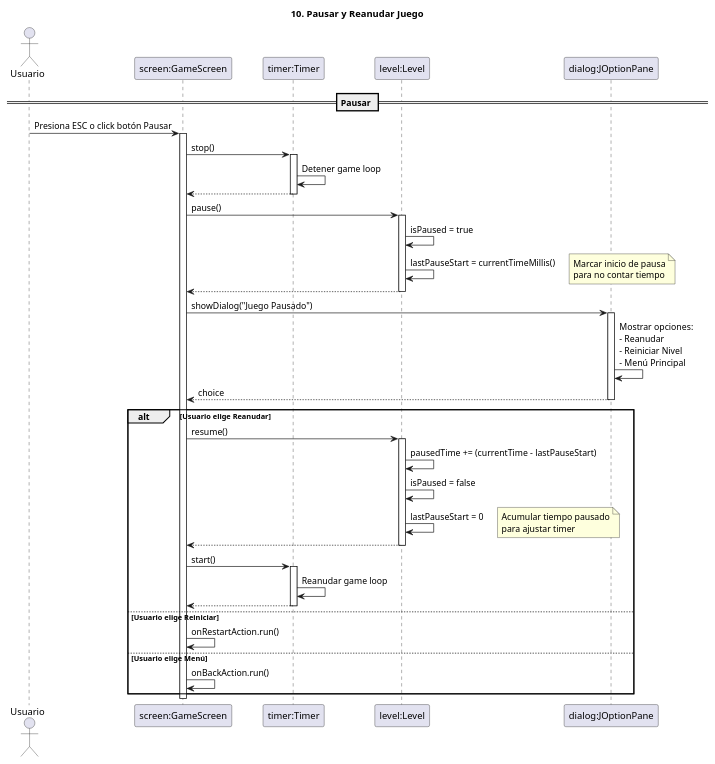
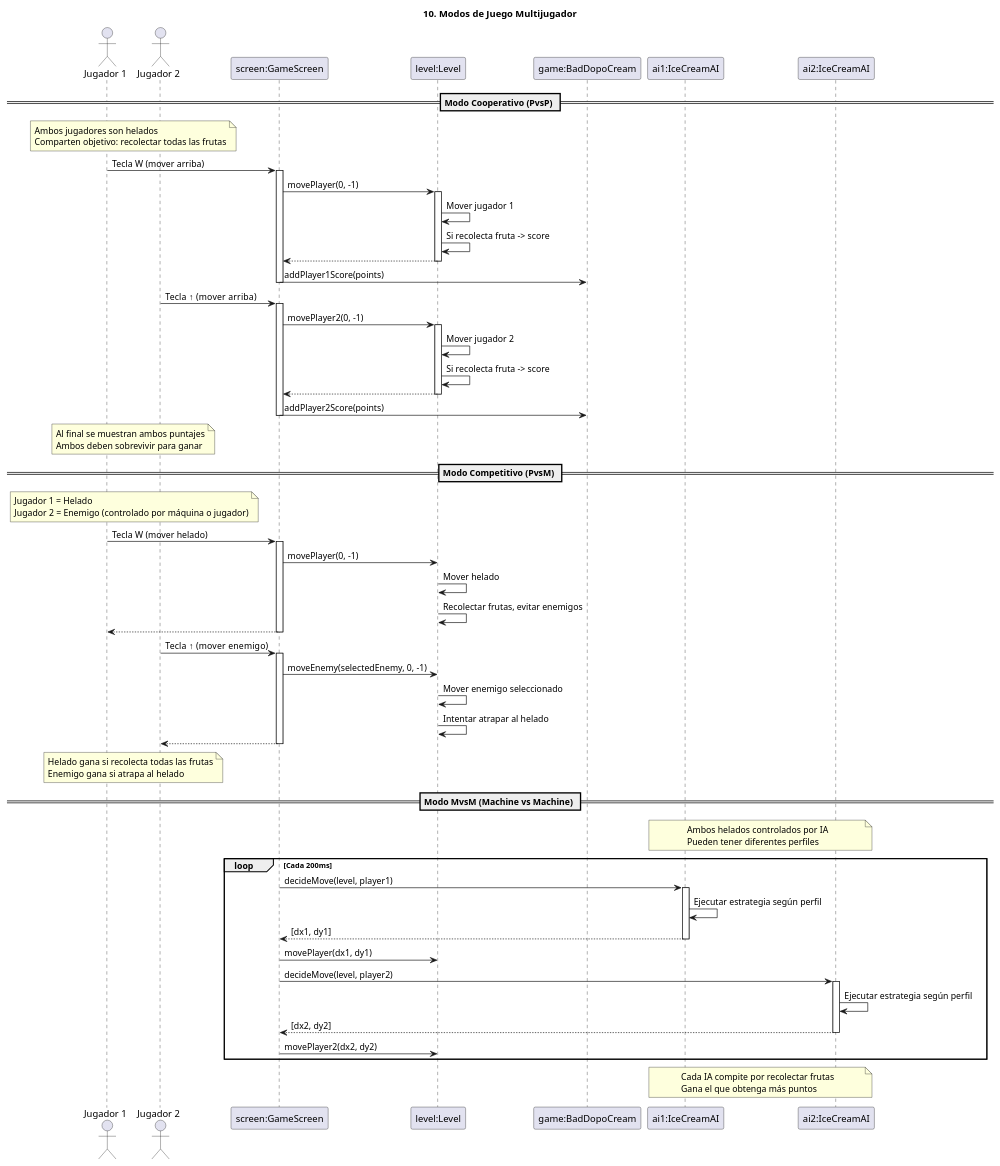
Before and after one commit to AnotherCreatorAnonymous/BadDopocream: diagram 11 of 11 in docs/sequence-diagrams.puml, drawn with PlantUML. The commit also changed other lines of this file and 146 other files, not shown here.

Commit message:
Proyecto Bad Dopo Cream completo - 4 modos de juego, IA de enemigos y jugadores, sistema de puntajes y highscores, 95 tests JUnit, diagramas PlantUML actualizados

```diff
--- a/docs/sequence-diagrams.puml
+++ b/docs/sequence-diagrams.puml
@@ -797,58 +938,84 @@
-@startuml 10_Pausar_Reanudar
+@startuml 10_Modos_Multijugador
 
-title 10. Pausar y Reanudar Juego
+title 10. Modos de Juego Multijugador
 
-actor Usuario
+actor "Jugador 1" as P1
+actor "Jugador 2" as P2
 participant "screen:GameScreen" as Screen
-participant "timer:Timer" as Timer
 participant "level:Level" as Level
-participant "dialog:JOptionPane" as Dialog
+participant "game:BadDopoCream" as Game
 
-== Pausar ==
+== Modo Cooperativo (PvsP) ==
 
-Usuario -> Screen: Presiona ESC o click botón Pausar
+note over P1, P2: Ambos jugadores son helados\nComparten objetivo: recolectar todas las frutas
+
+P1 -> Screen: Tecla W (mover arriba)
 activate Screen
+Screen -> Level: movePlayer(0, -1)
+activate Level
+Level -> Level: Mover jugador 1
+Level -> Level: Si recolecta fruta -> score
+return
+Screen -> Game: addPlayer1Score(points)
+deactivate Screen
 
-Screen -> Timer: stop()
-activate Timer
-Timer -> Timer: Detener game loop
+P2 -> Screen: Tecla ↑ (mover arriba)
+activate Screen
+Screen -> Level: movePlayer2(0, -1)
+activate Level
+Level -> Level: Mover jugador 2
+Level -> Level: Si recolecta fruta -> score
 return
+Screen -> Game: addPlayer2Score(points)
+deactivate Screen
 
-Screen -> Level: pause()
-activate Level
-Level -> Level: isPaused = true
-Level -> Level: lastPauseStart = currentTimeMillis()
-note right: Marcar inicio de pausa\npara no contar tiempo
+note over P1, P2: Al final se muestran ambos puntajes\nAmbos deben sobrevivir para ganar
+
+== Modo Competitivo (PvsM) ==
+
+note over P1, P2: Jugador 1 = Helado\nJugador 2 = Enemigo (controlado por máquina o jugador)
+
+P1 -> Screen: Tecla W (mover helado)
+activate Screen
+Screen -> Level: movePlayer(0, -1)
+Level -> Level: Mover helado
+Level -> Level: Recolectar frutas, evitar enemigos
 return
+deactivate Screen
 
-Screen -> Dialog: showDialog("Juego Pausado")
-activate Dialog
-Dialog -> Dialog: Mostrar opciones:\n- Reanudar\n- Reiniciar Nivel\n- Menú Principal
-Dialog --> Screen: choice
-deactivate Dialog
+P2 -> Screen: Tecla ↑ (mover enemigo)
+activate Screen
+Screen -> Level: moveEnemy(selectedEnemy, 0, -1)
+Level -> Level: Mover enemigo seleccionado
+Level -> Level: Intentar atrapar al helado
+return
+deactivate Screen
 
-alt Usuario elige Reanudar
+note over P1, P2: Helado gana si recolecta todas las frutas\nEnemigo gana si atrapa al helado
 
-    Screen -> Level: resume()
-    activate Level
-    Level -> Level: pausedTime += (currentTime - lastPauseStart)
-    Level -> Level: isPaused = false
-    Level -> Level: lastPauseStart = 0
-    note right: Acumular tiempo pausado\npara ajustar timer
-    return
+== Modo MvsM (Machine vs Machine) ==
+
+participant "ai1:IceCreamAI" as AI1
+participant "ai2:IceCreamAI" as AI2
+
+note over AI1, AI2: Ambos helados controlados por IA\nPueden tener diferentes perfiles
+
+loop Cada 200ms
+    Screen -> AI1: decideMove(level, player1)
+    activate AI1
+    AI1 -> AI1: Ejecutar estrategia según perfil
+    return [dx1, dy1]
     
-    Screen -> Timer: start()
-    activate Timer
-    Timer -> Timer: Reanudar game loop
-    return
-
-else Usuario elige Reiniciar
-    Screen -> Screen: onRestartAction.run()
+    Screen -> Level: movePlayer(dx1, dy1)
     
-else Usuario elige Menú
-    Screen -> Screen: onBackAction.run()
+    Screen -> AI2: decideMove(level, player2)
+    activate AI2
+    AI2 -> AI2: Ejecutar estrategia según perfil
+    return [dx2, dy2]
+    
+    Screen -> Level: movePlayer2(dx2, dy2)
 end
 
-deactivate Screen
+note over AI1, AI2: Cada IA compite por recolectar frutas\nGana el que obtenga más puntos
 
 @enduml
```
